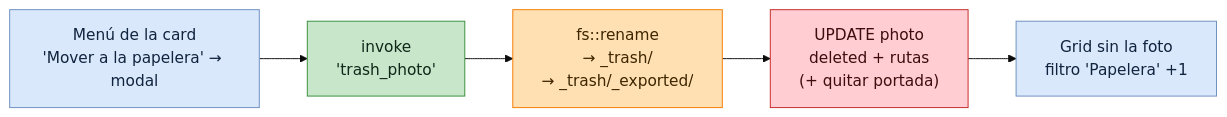
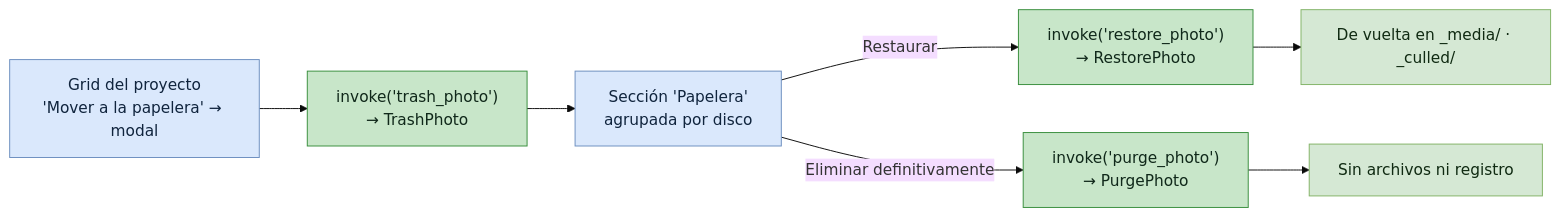
The first of 4 diagrams in docs/useCases/flujo-papelera-foto.md (everitosan/lumik), drawn with Mermaid (base theme) before and after one commit. The commit also changed other lines of this file and 93 other files, not shown here.

````diff
--- a/docs/useCases/flujo-papelera-foto.md
+++ b/docs/useCases/flujo-papelera-foto.md
@@ -22,19 +29,21 @@
 ```mermaid
 flowchart LR
-    A["Menú de la card<br/>'Mover a la papelera' → modal"]
-    B["invoke<br/>'trash_photo'"]
-    C["fs::rename<br/>→ _trash/<br/>→ _trash/_exported/"]
-    D["UPDATE photo<br/>deleted + rutas<br/>(+ quitar portada)"]
-    E["Grid sin la foto<br/>filtro 'Papelera' +1"]
+    A["Grid del proyecto<br/>'Mover a la papelera' → modal"]
+    B["invoke('trash_photo')<br/>→ TrashPhoto"]
+    C["Sección 'Papelera'<br/>agrupada por disco"]
+    D["invoke('restore_photo')<br/>→ RestorePhoto"]
+    E["invoke('purge_photo')<br/>→ PurgePhoto"]
+    F["De vuelta en _media/ · _culled/"]
+    G["Sin archivos ni registro"]
 
-    A --> B --> C --> D --> E
+    A --> B --> C
+    C -->|Restaurar| D --> F
+    C -->|Eliminar definitivamente| E --> G
 
     classDef ui fill:#dae8fc,stroke:#6c8ebf,color:#10243d
     classDef ipc fill:#c8e6c9,stroke:#388e3c,color:#10281a
-    classDef be fill:#ffe0b2,stroke:#f57c00,color:#3d2600
-    classDef db fill:#ffcdd2,stroke:#c62828,color:#3d0d0d
-    class A,E ui
-    class B ipc
-    class C be
-    class D db
+    classDef term fill:#d5e8d4,stroke:#82b366,color:#102a12
+    class A,C ui
+    class B,D,E ipc
+    class F,G term
 ```
````
